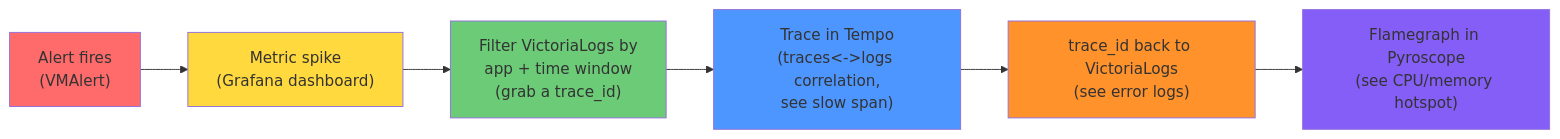
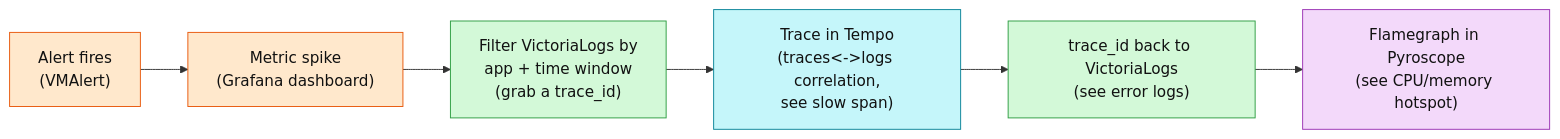
One commit to duynhlab/homelab changed the sixth of 7 diagrams in docs/observability/runbooks/observability-deep-dive.md. Above: the diagram before and after it, drawn with Mermaid. The commit also changed other lines of this file and 33 other files, not shown here.

First line of the commit message:
Refresh observability diagrams (#516)

````diff
--- a/docs/observability/runbooks/observability-deep-dive.md
+++ b/docs/observability/runbooks/observability-deep-dive.md
@@ -408,15 +465,18 @@
 ```mermaid
 flowchart LR
     A["Alert fires\n(VMAlert)"] --> B["Metric spike\n(Grafana dashboard)"]
     B --> C["Filter VictoriaLogs by\napp + time window\n(grab a trace_id)"]
     C --> D["Trace in Tempo\n(traces<->logs correlation,\nsee slow span)"]
     D --> E["trace_id back to VictoriaLogs\n(see error logs)"]
     E --> F["Flamegraph in Pyroscope\n(see CPU/memory hotspot)"]
 
-    style A fill:#ff6b6b
-    style B fill:#ffd93d
-    style C fill:#6bcb77
-    style D fill:#4d96ff
-    style E fill:#ff922b
-    style F fill:#845ef7
+    classDef metric fill:#ffe8cc,color:#111,stroke:#e8590c;
+    classDef log fill:#d3f9d8,color:#111,stroke:#2f9e44;
+    classDef trace fill:#c5f6fa,color:#111,stroke:#0c8599;
+    classDef profile fill:#f3d9fa,color:#111,stroke:#9c36b5;
+    classDef platform fill:#7c3aed,color:#fff,stroke:#5b21b6;
+    class A,B metric;
+    class C,E log;
+    class D trace;
+    class F profile;
 ```
````
